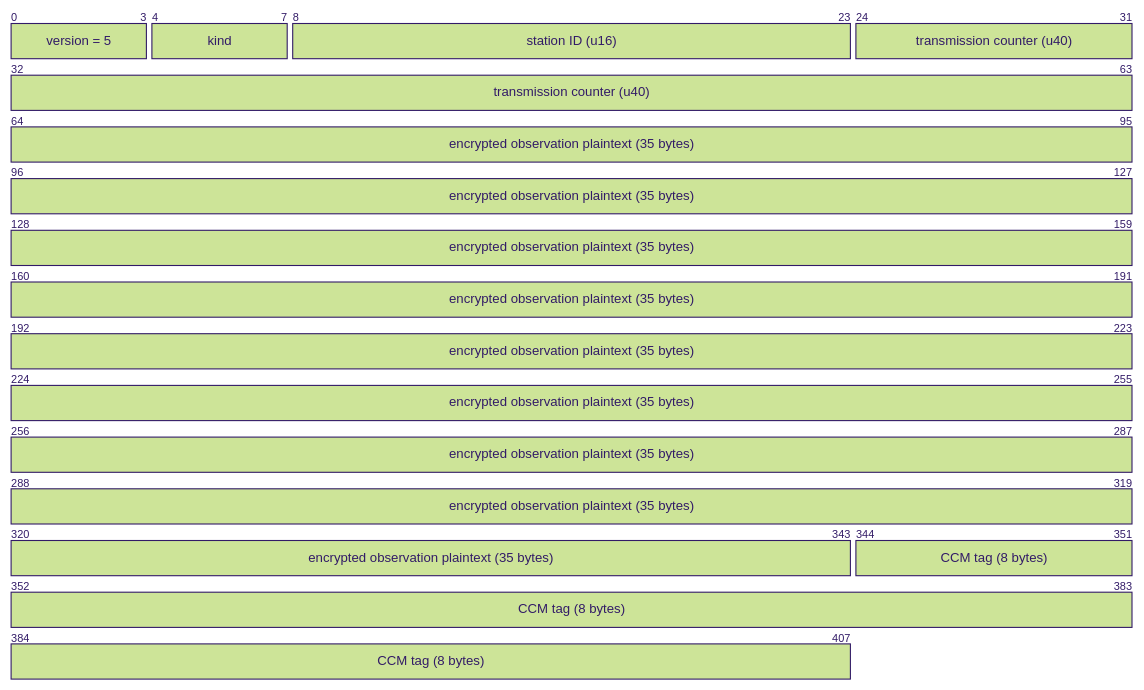
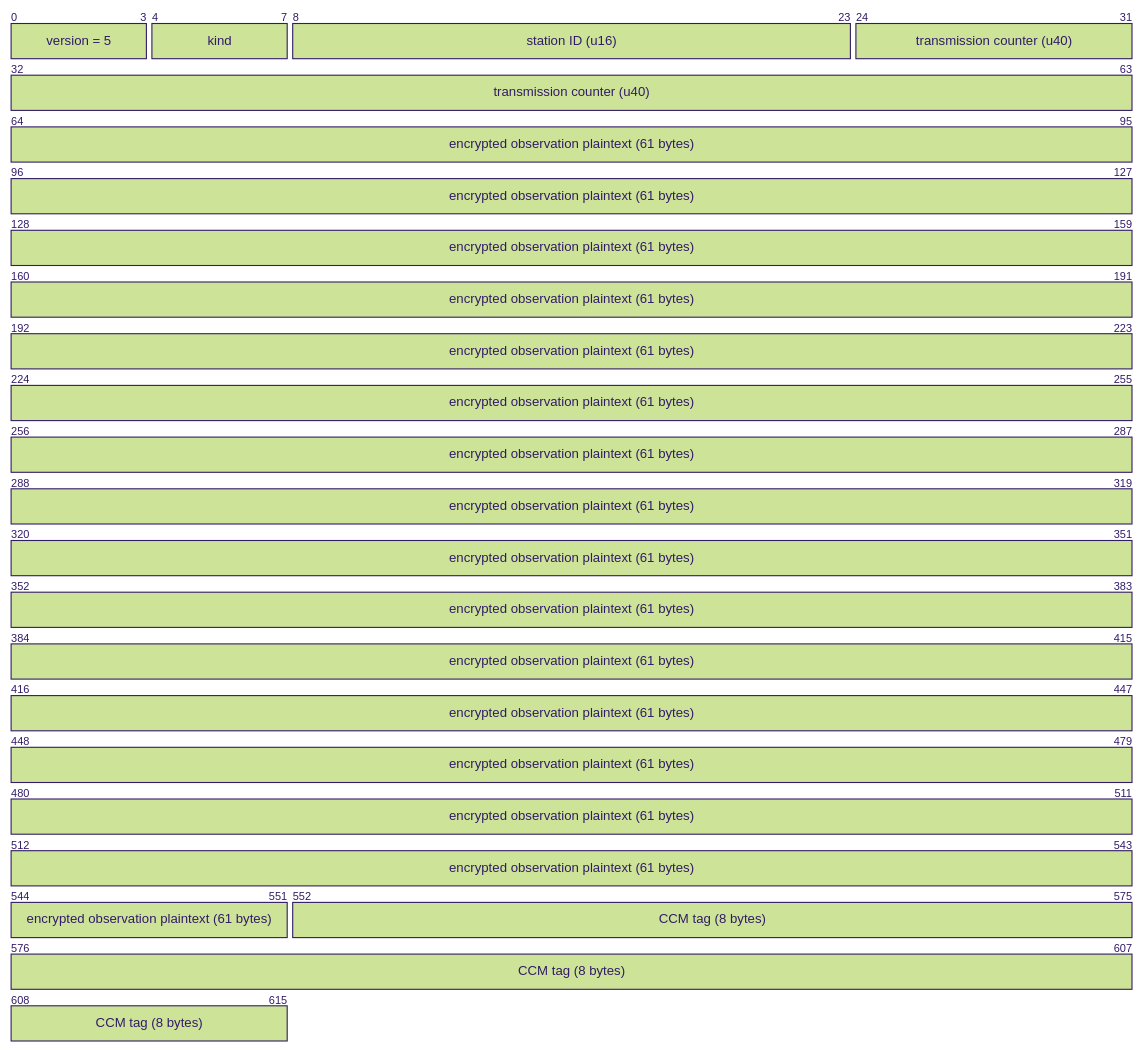
The fourth of 8 diagrams in firmware/stage0-node/README.md (clintecker/weather-station-2026), drawn with Mermaid (forest theme) before and after one commit. The commit also changed other lines of this file and 42 other files, not shown here.

````diff
--- a/firmware/stage0-node/README.md
+++ b/firmware/stage0-node/README.md
@@ -164,9 +166,9 @@
 ```mermaid
 packet-beta
   0-3: "version = 5"
   4-7: "kind"
   8-23: "station ID (u16)"
   24-63: "transmission counter (u40)"
-  64-343: "encrypted observation plaintext (35 bytes)"
-  344-407: "CCM tag (8 bytes)"
+  64-551: "encrypted observation plaintext (61 bytes)"
+  552-615: "CCM tag (8 bytes)"
 ```
````
